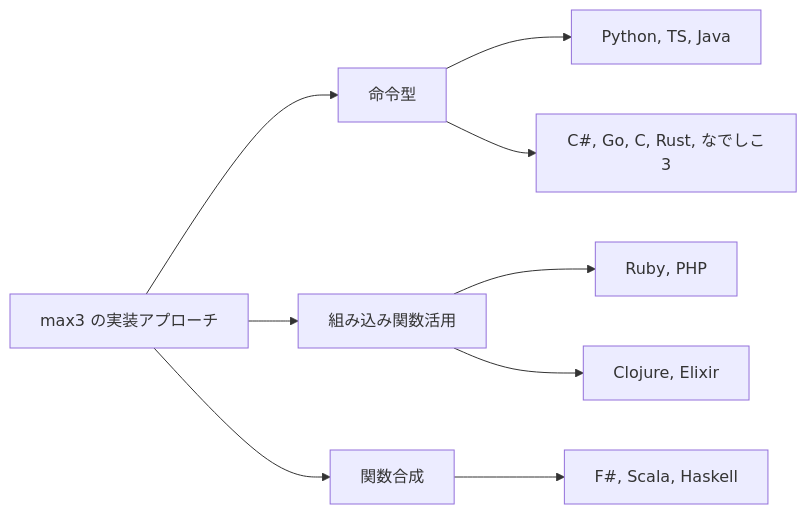
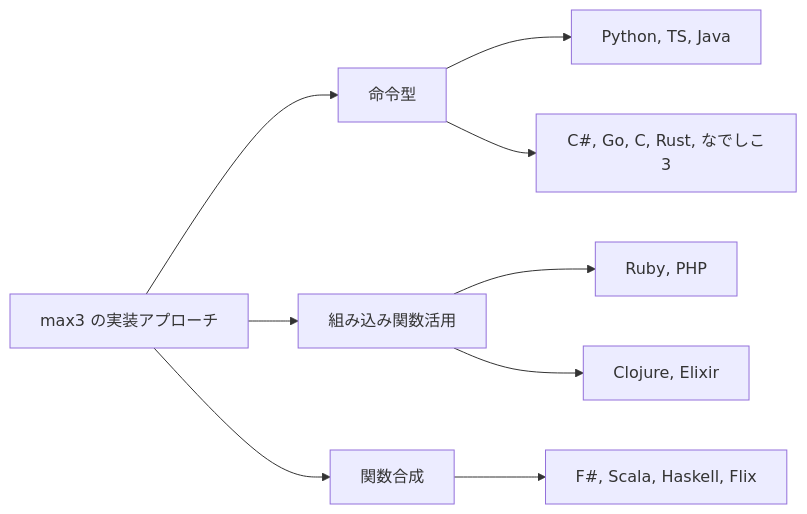
The diagram in docs/article/all/02-basic-syntax-comparison.md (k2works/getting-started-algorithm), drawn with Mermaid before and after one commit. The commit also changed other lines of this file and 7 other files, not shown here.

````diff
--- a/docs/article/all/02-basic-syntax-comparison.md
+++ b/docs/article/all/02-basic-syntax-comparison.md
@@ -207,11 +220,11 @@
 ```mermaid
 graph LR
     A[max3 の実装アプローチ] --> B[命令型]
     A --> C[組み込み関数活用]
     A --> D[関数合成]
     B --> B1[Python, TS, Java]
     B --> B2[C#, Go, C, Rust, なでしこ3]
     C --> C1[Ruby, PHP]
     C --> C2[Clojure, Elixir]
-    D --> D1[F#, Scala, Haskell]
+    D --> D1[F#, Scala, Haskell, Flix]
 ```
````
